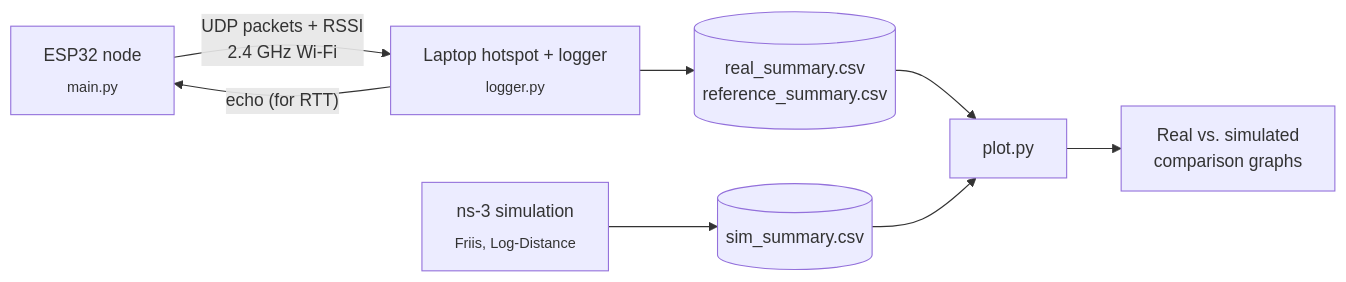
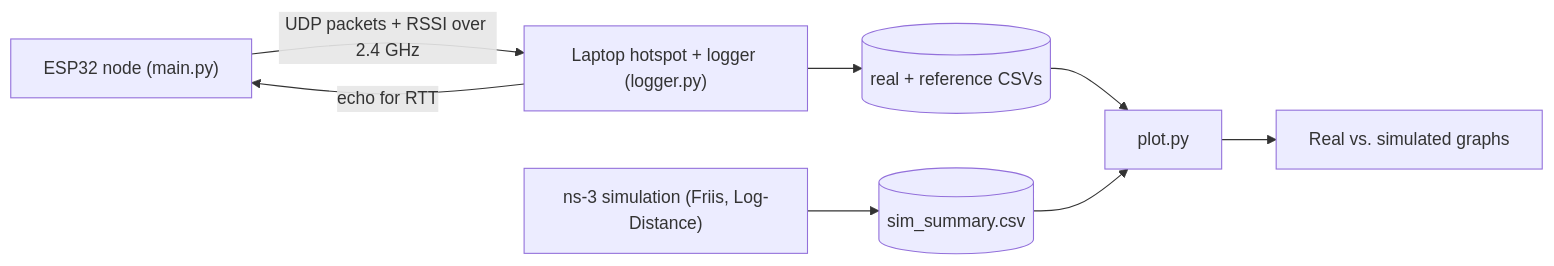
The diagram in README.md (cj1ayi/nss-esp32-attenuation), drawn with Mermaid before and after one commit. The commit also changed other lines of this file, not shown here.

Commit message:
Revise README flowchart and team member details
Updated flowchart in README to improve clarity and consistency. Simplified team member names.

````diff
--- a/README.md
+++ b/README.md
@@ -28,10 +28,10 @@
 ```mermaid
 flowchart LR
-    ESP["ESP32 node<br/><sub>main.py</sub>"] -- "UDP packets + RSSI<br/>2.4 GHz Wi-Fi" --> LAP["Laptop hotspot + logger<br/><sub>logger.py</sub>"]
-    LAP -- "echo (for RTT)" --> ESP
-    LAP --> REAL[("real_summary.csv<br/>reference_summary.csv")]
-    NS3["ns-3 simulation<br/><sub>Friis, Log-Distance</sub>"] --> SIM[("sim_summary.csv")]
+    ESP["ESP32 node (main.py)"] -->|"UDP packets + RSSI over 2.4 GHz"| LAP["Laptop hotspot + logger (logger.py)"]
+    LAP -->|"echo for RTT"| ESP
+    LAP --> REAL[("real + reference CSVs")]
+    NS3["ns-3 simulation (Friis, Log-Distance)"] --> SIM[("sim_summary.csv")]
     REAL --> PLOT["plot.py"]
     SIM --> PLOT
-    PLOT --> OUT["Real vs. simulated<br/>comparison graphs"]
+    PLOT --> OUT["Real vs. simulated graphs"]
 ```
````
